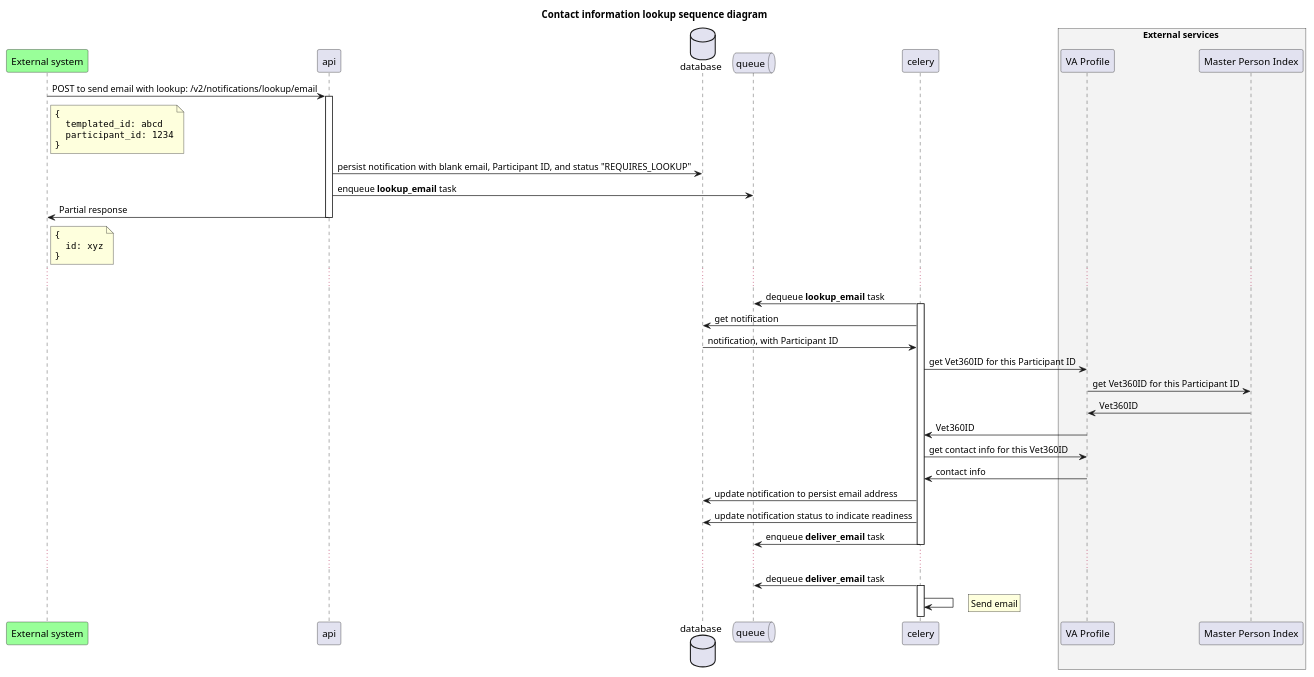
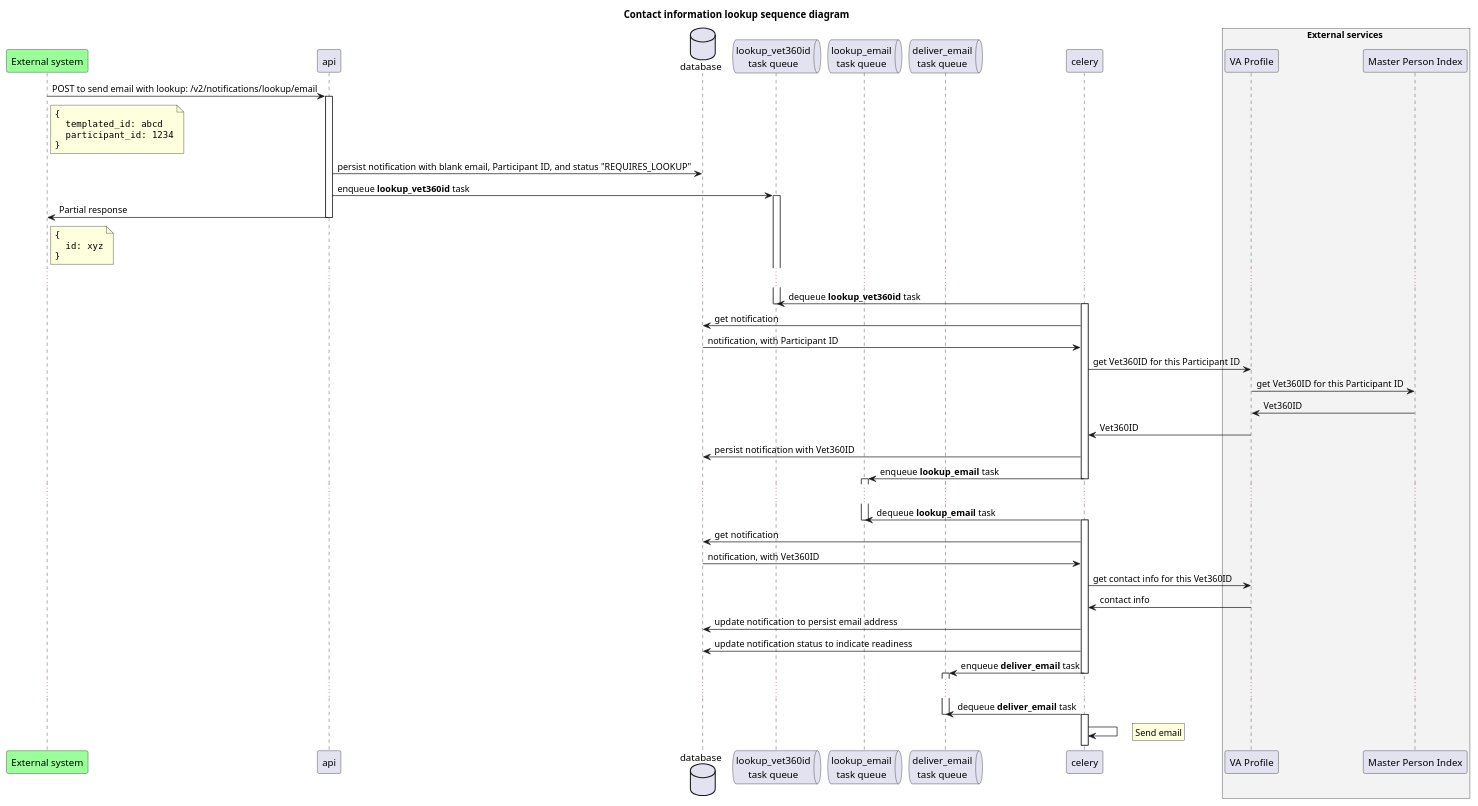
One commit to cds-snc/notification-api changed the diagram in documents/contact-info-lookup-sequence-diagram.puml. Above: the diagram before and after it, drawn with PlantUML.

Commit message:
adds separate queues to contact info lookup sequence diagram

```diff
--- a/documents/contact-info-lookup-sequence-diagram.puml
+++ b/documents/contact-info-lookup-sequence-diagram.puml
@@ -1,70 +1,92 @@
 @startuml
 title Contact information lookup sequence diagram
 
-participant "External system" as ext  #99FF99
+participant "External system" as ext #99FF99
+participant api
+database database
+
+queue "lookup_vet360id\ntask queue" as lookup_vet360id_tasks
+queue "lookup_email\ntask queue" as lookup_email_tasks
+queue "deliver_email\ntask queue" as deliver_email_tasks
+
+participant celery
+
+box External services #f3f3f3
+participant "VA Profile" as vaprofile
+participant "Master Person Index" as mpi
+end box
 
 ext -> api : POST to send email with lookup: /v2/notifications/lookup/email
 activate api
 note right of ext
   ""{""
   ""  templated_id: abcd""
   ""  participant_id: 1234""
   ""}""
 end note
 
-database database
 api -> database: persist notification with blank email, Participant ID, and status "REQUIRES_LOOKUP"
 
-queue queue
-api -> queue: enqueue **lookup_email** task
+api -> lookup_vet360id_tasks: enqueue **lookup_vet360id** task
+activate lookup_vet360id_tasks
 
 api -> ext: Partial response
 note right of ext
   ""{""
   ""  id: xyz""
   ""}""
 end note
 deactivate api
 
 ...
 
-celery -> queue: dequeue **lookup_email** task
+celery -> lookup_vet360id_tasks: dequeue **lookup_vet360id** task
+deactivate lookup_vet360id_tasks
 activate celery
 
 celery -> database: get notification
-
 database -> celery: notification, with Participant ID
-
-box External services #f3f3f3
-
-participant "VA Profile" as vaprofile
-
-participant "Master Person Index" as mpi
 
 celery -> vaprofile: get Vet360ID for this Participant ID
 
 vaprofile -> mpi: get Vet360ID for this Participant ID
 
 mpi -> vaprofile: Vet360ID
 
 vaprofile -> celery: Vet360ID
 
+celery -> database: persist notification with Vet360ID
+
+celery -> lookup_email_tasks: enqueue **lookup_email** task
+deactivate celery
+activate lookup_email_tasks
+
+...
+
+celery -> lookup_email_tasks: dequeue **lookup_email** task
+deactivate lookup_email_tasks
+activate celery
+
+celery -> database: get notification
+database -> celery: notification, with Vet360ID
+
 celery -> vaprofile: get contact info for this Vet360ID
 
 vaprofile -> celery: contact info
-end box
 
 celery -> database: update notification to persist email address
 celery -> database: update notification status to indicate readiness
 
-celery -> queue: enqueue **deliver_email** task
+celery -> deliver_email_tasks: enqueue **deliver_email** task
 deactivate celery
+activate deliver_email_tasks
 
 ...
 
-celery -> queue: dequeue **deliver_email** task
+celery -> deliver_email_tasks: dequeue **deliver_email** task
+deactivate deliver_email_tasks
 activate celery
 
 celery -> celery
 rnote right: Send email
 @enduml
```
